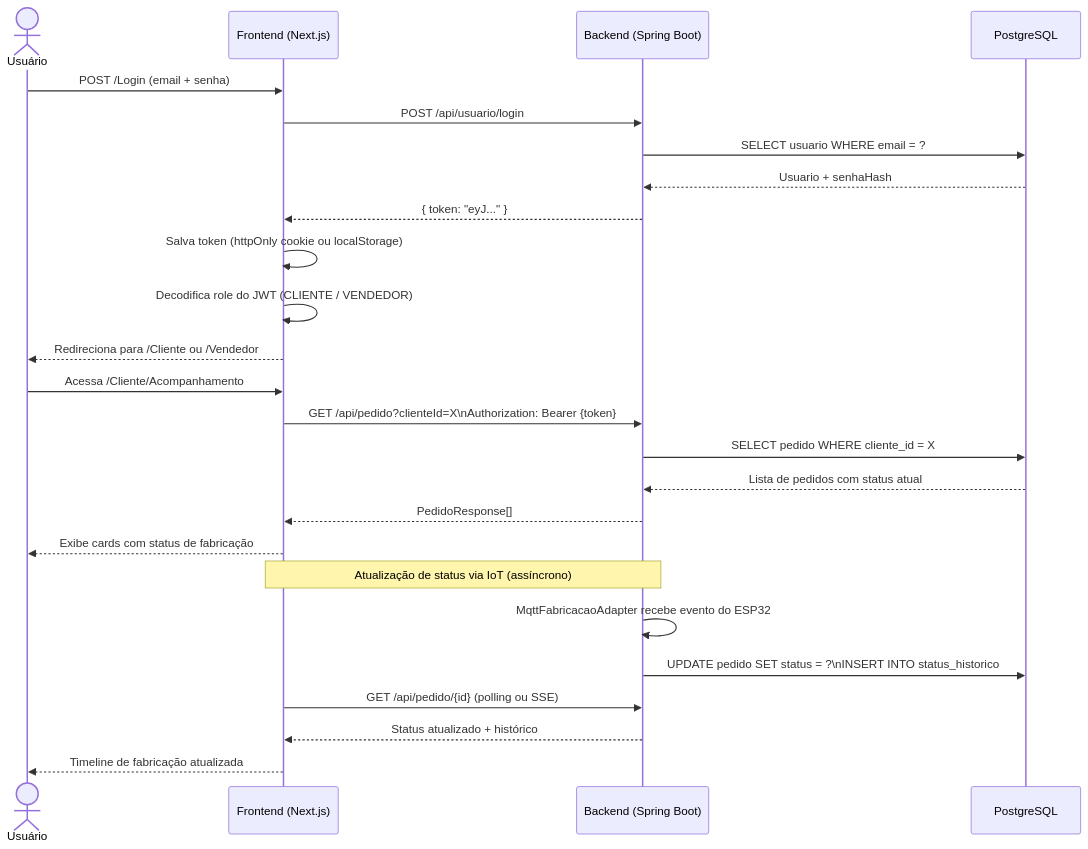
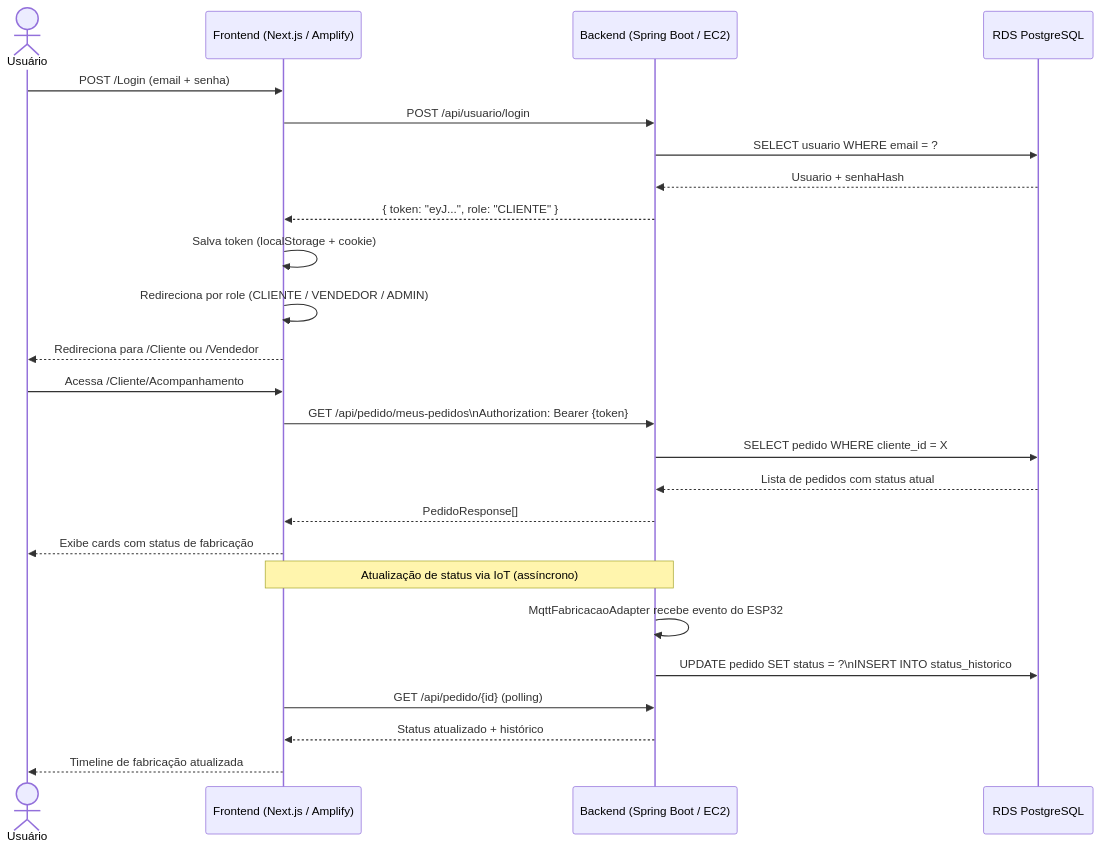
The fifth of 7 diagrams in documentacao/RELATORIO_ARQUITETURA.md (Experience-TADS/Experience), drawn with Mermaid before and after one commit. The commit also changed other lines of this file and 4 other files, not shown here.

````diff
--- a/documentacao/RELATORIO_ARQUITETURA.md
+++ b/documentacao/RELATORIO_ARQUITETURA.md
@@ -580,30 +644,30 @@
 ```mermaid
 sequenceDiagram
     actor U as Usuário
-    participant FE as Frontend (Next.js)
-    participant BE as Backend (Spring Boot)
-    participant DB as PostgreSQL
+    participant FE as Frontend (Next.js / Amplify)
+    participant BE as Backend (Spring Boot / EC2)
+    participant DB as RDS PostgreSQL
 
     U->>FE: POST /Login (email + senha)
     FE->>BE: POST /api/usuario/login
     BE->>DB: SELECT usuario WHERE email = ?
     DB-->>BE: Usuario + senhaHash
-    BE-->>FE: { token: "eyJ..." }
-    FE->>FE: Salva token (httpOnly cookie ou localStorage)
-    FE->>FE: Decodifica role do JWT (CLIENTE / VENDEDOR)
+    BE-->>FE: { token: "eyJ...", role: "CLIENTE" }
+    FE->>FE: Salva token (localStorage + cookie)
+    FE->>FE: Redireciona por role (CLIENTE / VENDEDOR / ADMIN)
     FE-->>U: Redireciona para /Cliente ou /Vendedor
 
     U->>FE: Acessa /Cliente/Acompanhamento
-    FE->>BE: GET /api/pedido?clienteId=X\nAuthorization: Bearer {token}
+    FE->>BE: GET /api/pedido/meus-pedidos\nAuthorization: Bearer {token}
     BE->>DB: SELECT pedido WHERE cliente_id = X
     DB-->>BE: Lista de pedidos com status atual
     BE-->>FE: PedidoResponse[]
     FE-->>U: Exibe cards com status de fabricação
 
     Note over FE,BE: Atualização de status via IoT (assíncrono)
     BE->>BE: MqttFabricacaoAdapter recebe evento do ESP32
     BE->>DB: UPDATE pedido SET status = ?\nINSERT INTO status_historico
-    FE->>BE: GET /api/pedido/{id} (polling ou SSE)
+    FE->>BE: GET /api/pedido/{id} (polling)
     BE-->>FE: Status atualizado + histórico
     FE-->>U: Timeline de fabricação atualizada
 ```
````
